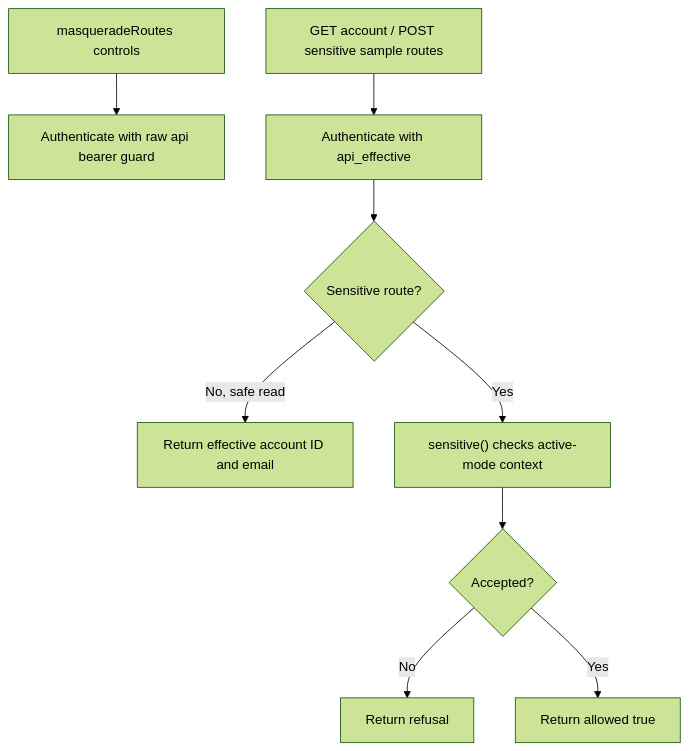
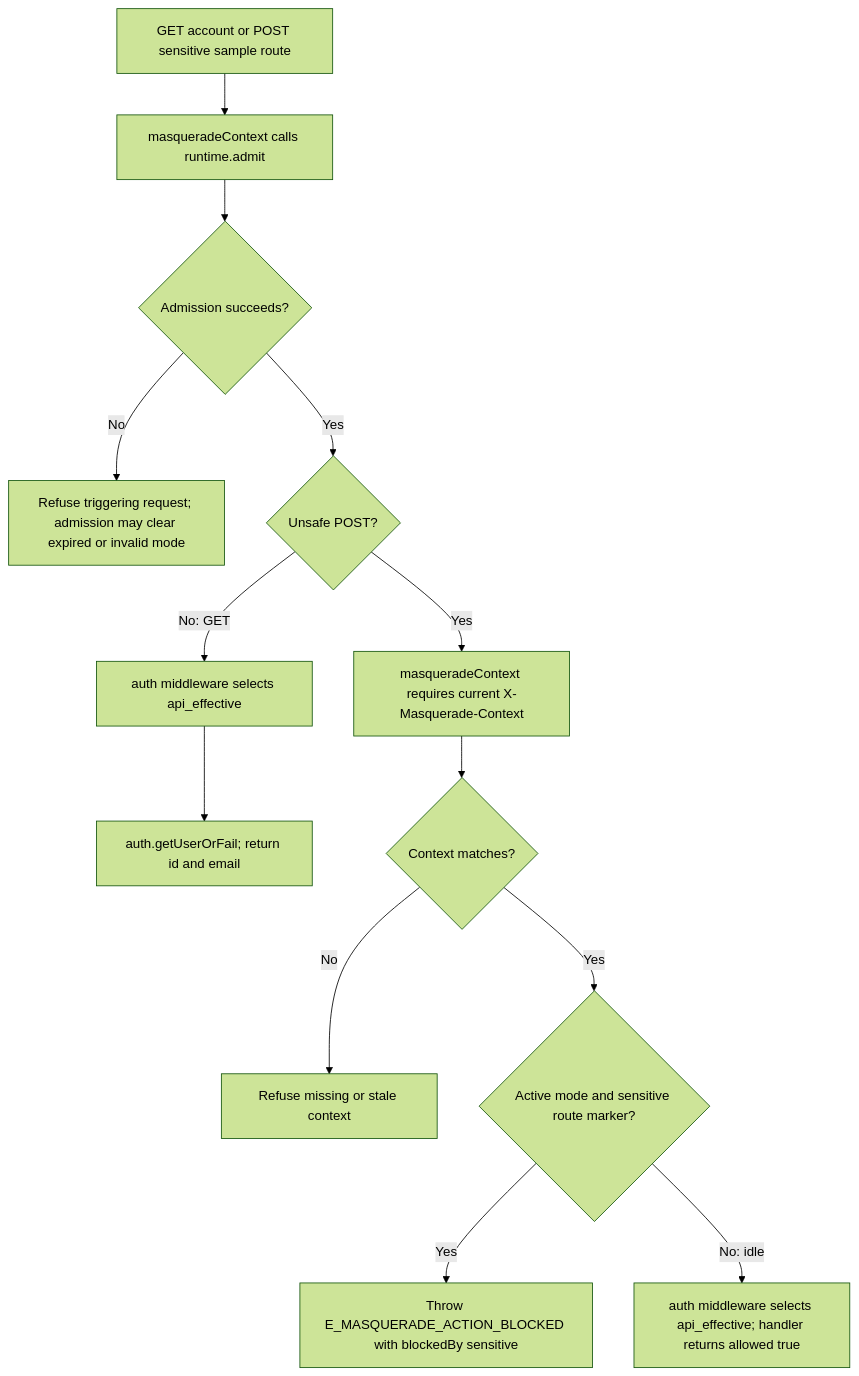
The second of 2 diagrams in user-stories/api/us-api-22-read-masquerade-sample.md (Kevinjohn/oss-adonisjs-starter-examples), drawn with Mermaid (forest theme) before and after one commit. The commit also changed other lines of this file and 22 other files, not shown here.

````diff
--- a/user-stories/api/us-api-22-read-masquerade-sample.md
+++ b/user-stories/api/us-api-22-read-masquerade-sample.md
@@ -32,11 +41,15 @@
 ```mermaid
 flowchart TD
-    A["masqueradeRoutes controls"] --> B["Authenticate with raw api bearer guard"]
-    C["GET account / POST sensitive sample routes"] --> D["Authenticate with api_effective"]
-    D --> E{"Sensitive route?"}
-    E -->|No, safe read| F["Return effective account ID and email"]
-    E -->|Yes| G["sensitive() checks active-mode context"]
-    G --> H{"Accepted?"}
-    H -->|No| I["Return refusal"]
-    H -->|Yes| J["Return allowed true"]
+    A["GET account or POST sensitive sample route"] --> B["masqueradeContext calls runtime.admit"]
+    B --> C{"Admission succeeds?"}
+    C -->|No| D["Refuse triggering request; admission may clear expired or invalid mode"]
+    C -->|Yes| E{"Unsafe POST?"}
+    E -->|No: GET| F["auth middleware selects api_effective"]
+    F --> G["auth.getUserOrFail; return id and email"]
+    E -->|Yes| H["masqueradeContext requires current X-Masquerade-Context"]
+    H --> I{"Context matches?"}
+    I -->|No| J["Refuse missing or stale context"]
+    I -->|Yes| K{"Active mode and sensitive route marker?"}
+    K -->|Yes| L["Throw E_MASQUERADE_ACTION_BLOCKED with blockedBy sensitive"]
+    K -->|No: idle| M["auth middleware selects api_effective; handler returns allowed true"]
 ```
````
